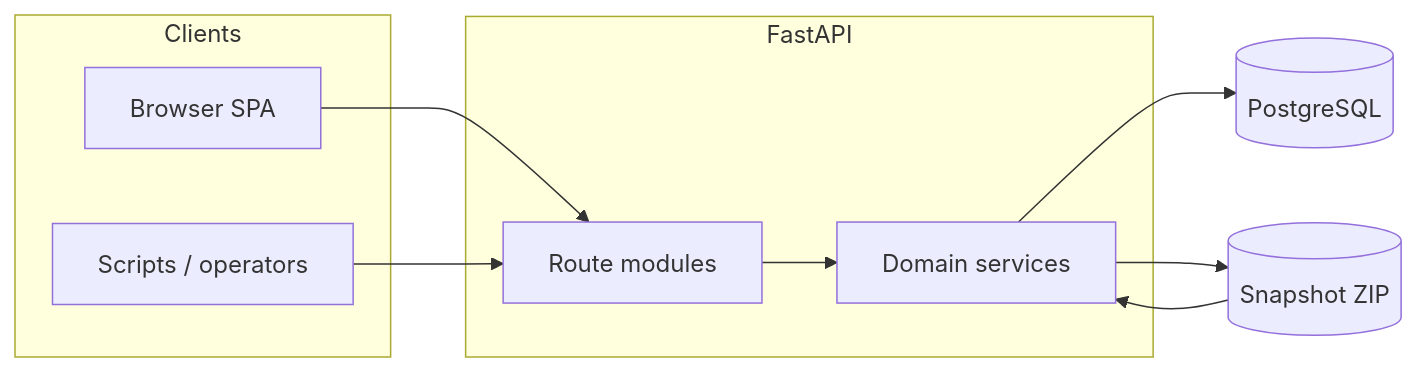
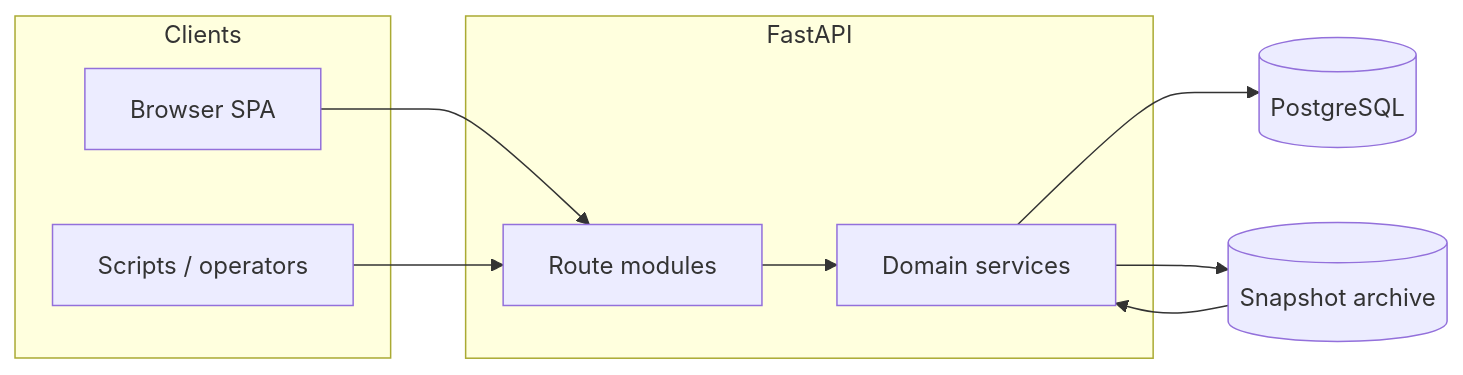
One commit to brettski74/TallyBadger changed the diagram in ARCH.md. Above: the diagram before and after it, drawn with Mermaid. The commit also changed other lines of this file and 15 other files, not shown here.

````diff
--- a/ARCH.md
+++ b/ARCH.md
@@ -38,19 +38,19 @@
 ```mermaid
 flowchart LR
   subgraph clients [Clients]
     UI[Browser SPA]
     Scripts[Scripts / operators]
   end
   subgraph api [FastAPI]
     Routes[Route modules]
     Svc[Domain services]
   end
   DB[(PostgreSQL)]
-  Zip[(Snapshot ZIP)]
+  Snap[(Snapshot archive)]
   UI --> Routes
   Scripts --> Routes
   Routes --> Svc
   Svc --> DB
-  Svc --> Zip
-  Zip --> Svc
+  Svc --> Snap
+  Snap --> Svc
 ```
````
